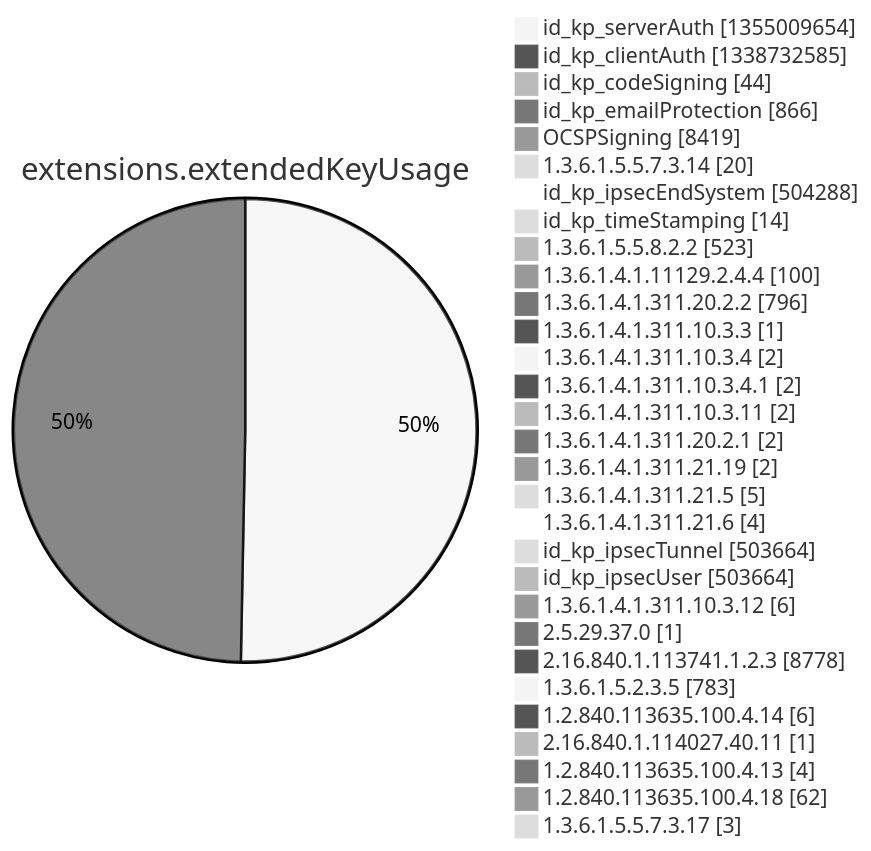
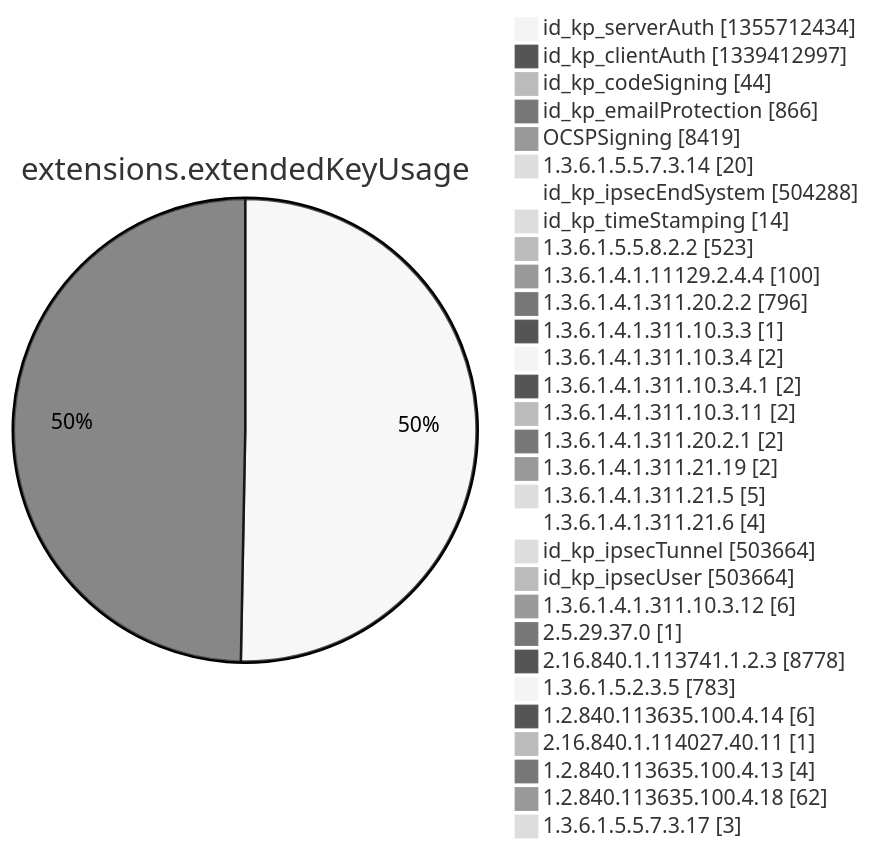
Diagram 12 of 15 in argon2022/README.md (christiankrug/ctmonitor_visualization), drawn with Mermaid (neutral theme) before and after one commit. The commit also changed other lines of this file, not shown here.

````diff
--- a/argon2022/README.md
+++ b/argon2022/README.md
@@ -3553,34 +3553,34 @@
 ```mermaid
 pie showData
 title extensions.extendedKeyUsage
-"id_kp_serverAuth" :1355009654
-"id_kp_clientAuth" :1338732585
+"id_kp_serverAuth" :1355712434
+"id_kp_clientAuth" :1339412997
 "id_kp_codeSigning" :44
 "id_kp_emailProtection" :866
 "OCSPSigning" :8419
 "1.3.6.1.5.5.7.3.14" :20
 "id_kp_ipsecEndSystem" :504288
 "id_kp_timeStamping" :14
 "1.3.6.1.5.5.8.2.2" :523
 "1.3.6.1.4.1.11129.2.4.4" :100
 "1.3.6.1.4.1.311.20.2.2" :796
 "1.3.6.1.4.1.311.10.3.3" :1
 "1.3.6.1.4.1.311.10.3.4" :2
 "1.3.6.1.4.1.311.10.3.4.1" :2
 "1.3.6.1.4.1.311.10.3.11" :2
 "1.3.6.1.4.1.311.20.2.1" :2
 "1.3.6.1.4.1.311.21.19" :2
 "1.3.6.1.4.1.311.21.5" :5
 "1.3.6.1.4.1.311.21.6" :4
 "id_kp_ipsecTunnel" :503664
 "id_kp_ipsecUser" :503664
 "1.3.6.1.4.1.311.10.3.12" :6
 "2.5.29.37.0" :1
 "2.16.840.1.113741.1.2.3" :8778
 "1.3.6.1.5.2.3.5" :783
 "1.2.840.113635.100.4.14" :6
 "2.16.840.1.114027.40.11" :1
 "1.2.840.113635.100.4.13" :4
 "1.2.840.113635.100.4.18" :62
 "1.3.6.1.5.5.7.3.17" :3
 ```
````
